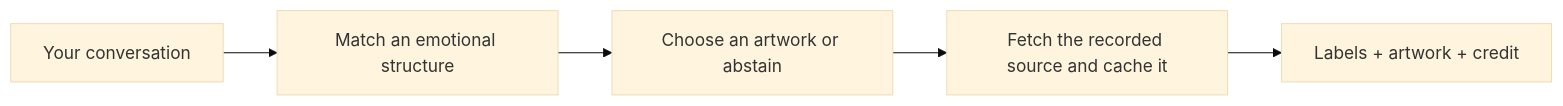
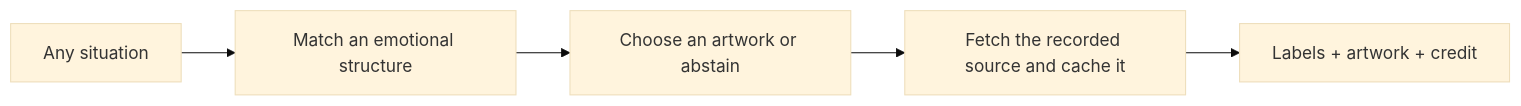
The diagram in README.md (Token-Smelter/goodvibes.art-meme), drawn with Mermaid (base theme) before and after one commit. The commit also changed other lines of this file and 2 other files, not shown here.

First line of the commit message:
Frame the input as any situation, not a session moment

````diff
--- a/README.md
+++ b/README.md
@@ -5,7 +7,7 @@
 ```mermaid
 flowchart LR
-    Moment["Your conversation"] --> Match["Match an emotional structure"]
+    Situation["Any situation"] --> Match["Match an emotional structure"]
     Match --> Pick["Choose an artwork or abstain"]
     Pick --> Image["Fetch the recorded source and cache it"]
     Image --> Render["Labels + artwork + credit"]
 ```
````
